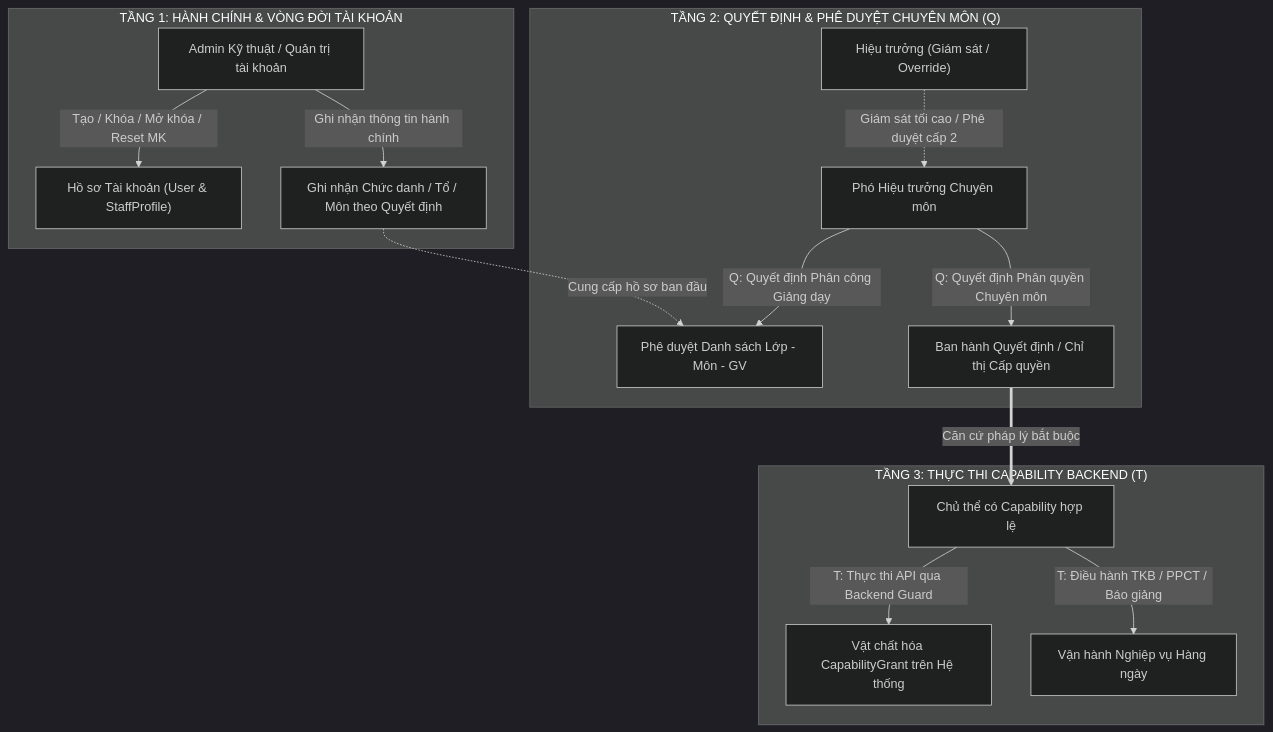
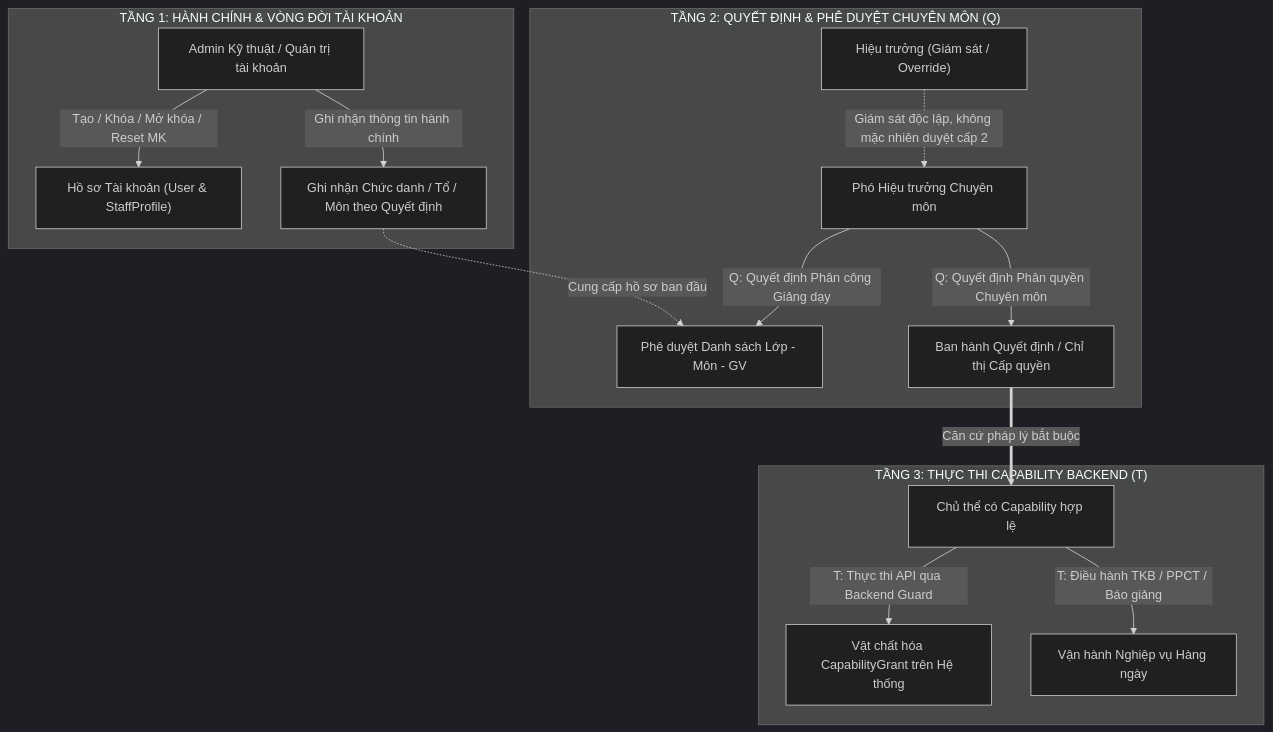
One commit to hvtnguyenson-code/baogiang-damsan changed the first of 4 diagrams in docs/requirements/P5-057-WS1-ACADEMIC-AUTHORITY-DECISION-RECORD-DRAFT.md. Above: the diagram before and after it, drawn with Mermaid (dark theme). The commit also changed other lines of this file and 2 other files, not shown here.

````diff
--- a/docs/requirements/P5-057-WS1-ACADEMIC-AUTHORITY-DECISION-RECORD-DRAFT.md
+++ b/docs/requirements/P5-057-WS1-ACADEMIC-AUTHORITY-DECISION-RECORD-DRAFT.md
@@ -75,25 +75,25 @@
 ```mermaid
 flowchart TD
     subgraph TANG_1["TẦNG 1: HÀNH CHÍNH & VÒNG ĐỜI TÀI KHOẢN"]
         ADMIN["Admin Kỹ thuật / Quản trị tài khoản"]
         ADMIN -->|Tạo / Khóa / Mở khóa / Reset MK| ACC["Hồ sơ Tài khoản (User & StaffProfile)"]
         ADMIN -->|Ghi nhận thông tin hành chính| ROLE_REC["Ghi nhận Chức danh / Tổ / Môn theo Quyết định"]
     end
 
     subgraph TANG_2["TẦNG 2: QUYẾT ĐỊNH & PHÊ DUYỆT CHUYÊN MÔN (Q)"]
         PHT["Phó Hiệu trưởng Chuyên môn"]
         HT["Hiệu trưởng (Giám sát / Override)"]
         PHT -->|Q: Quyết định Phân công Giảng dạy| DEC_ASSIGN["Phê duyệt Danh sách Lớp - Môn - GV"]
         PHT -->|Q: Quyết định Phân quyền Chuyên môn| DEC_CAP["Ban hành Quyết định / Chỉ thị Cấp quyền"]
-        HT -.->|Giám sát tối cao / Phê duyệt cấp 2| PHT
+        HT -.->|Giám sát độc lập, không mặc nhiên duyệt cấp 2| PHT
     end
 
     subgraph TANG_3["TẦNG 3: THỰC THI CAPABILITY BACKEND (T)"]
         API_ACTOR["Chủ thể có Capability hợp lệ"]
         API_ACTOR -->|T: Thực thi API qua Backend Guard| EXEC_GRANT["Vật chất hóa CapabilityGrant trên Hệ thống"]
         API_ACTOR -->|T: Điều hành TKB / PPCT / Báo giảng| EXEC_OPS["Vận hành Nghiệp vụ Hàng ngày"]
     end
 
     ROLE_REC -.->|Cung cấp hồ sơ ban đầu| DEC_ASSIGN
     DEC_CAP ==>|Căn cứ pháp lý bắt buộc| API_ACTOR
 ```
````
